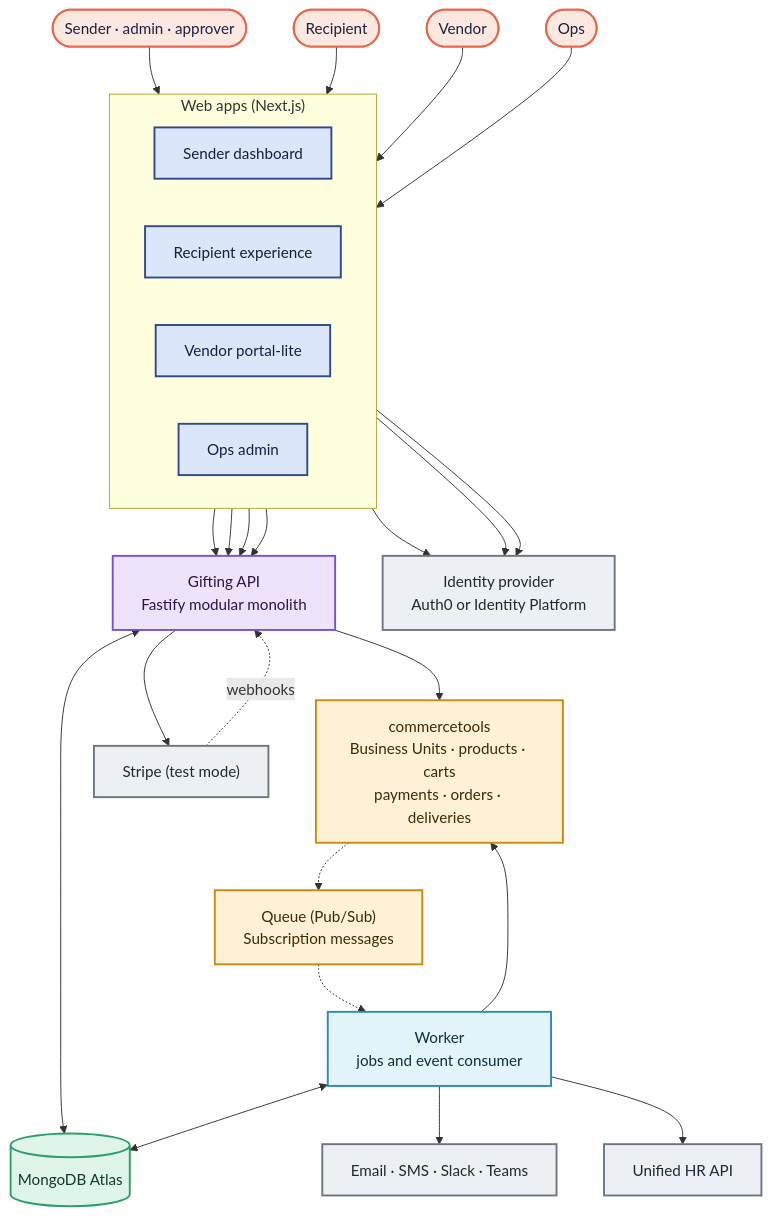
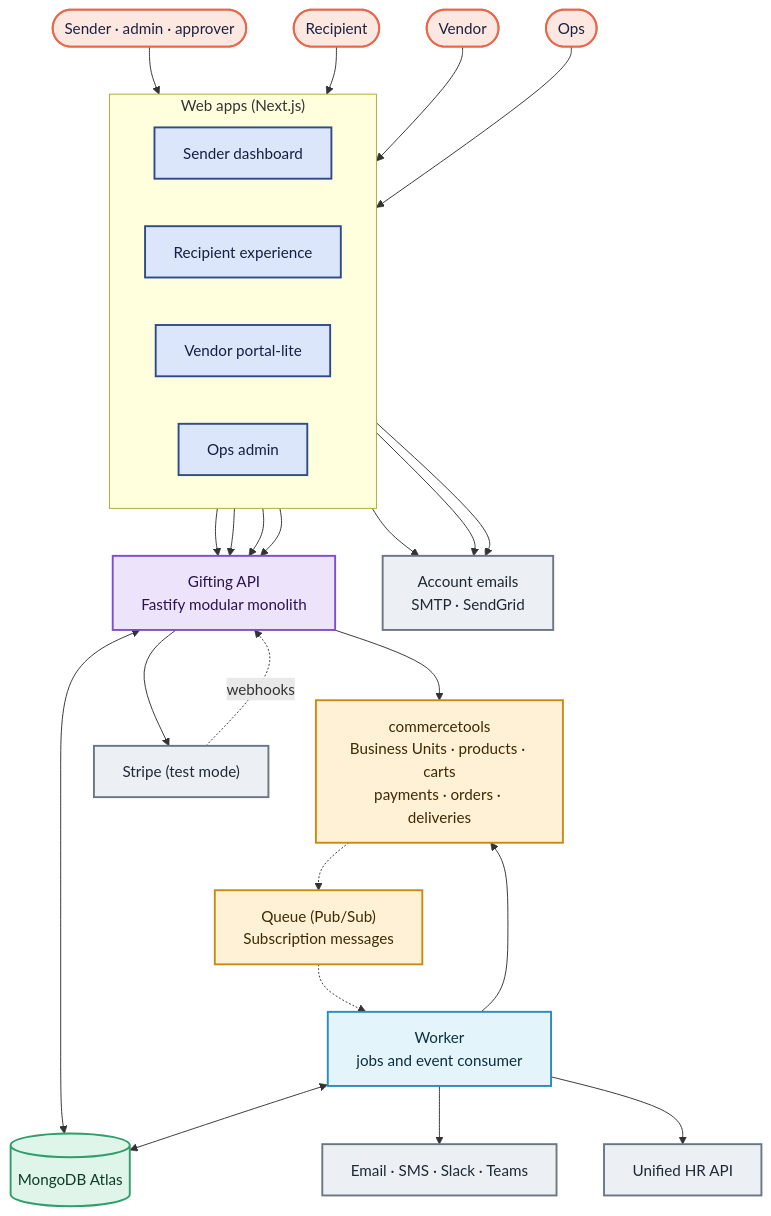
The first of 2 diagrams in docs/architecture/overview.md (sonishivam1/corporate-gifting), drawn with Mermaid before and after one commit. The commit also changed 77 other files, not shown here.

````diff
--- a/docs/architecture/overview.md
+++ b/docs/architecture/overview.md
@@ -33,56 +33,56 @@
 ```mermaid
 flowchart TB
   sender(["Sender · admin · approver"])
   recipient(["Recipient"])
   vendor(["Vendor"])
   ops(["Ops"])
 
   subgraph apps["Web apps (Next.js)"]
     direction LR
     sa["Sender dashboard"]
     ra["Recipient experience"]
     va["Vendor portal-lite"]
     oa["Ops admin"]
   end
 
   api["Gifting API<br/>Fastify modular monolith"]
   worker["Worker<br/>jobs and event consumer"]
   db[("MongoDB Atlas")]
   ct["commercetools<br/>Business Units · products · carts<br/>payments · orders · deliveries"]
   queue["Queue (Pub/Sub)<br/>Subscription messages"]
-  idp["Identity provider<br/>Auth0 or Identity Platform"]
+  idp["Account emails<br/>SMTP · SendGrid"]
   stripe["Stripe (test mode)"]
   chan["Email · SMS · Slack · Teams"]
   hr["Unified HR API"]
 
   sender --> sa
   recipient --> ra
   vendor --> va
   ops --> oa
   sa & ra & va & oa --> api
   sa & va & oa --> idp
   api <--> db
   worker <--> db
   api --> ct
   worker --> ct
   ct -.-> queue -.-> worker
   api --> stripe
   stripe -.->|webhooks| api
   worker --> chan
   worker --> hr
 
   classDef person fill:#FDE7E1,stroke:#E8664A,stroke-width:2px,color:#1B2340;
   classDef appNode fill:#DCE6FB,stroke:#2F4A8A,stroke-width:2px,color:#13203F;
   classDef apiNode fill:#EDE3FB,stroke:#7B4FD0,stroke-width:2px,color:#2A1450;
   classDef jobNode fill:#E4F4FB,stroke:#2B8CB8,stroke-width:2px,color:#0D2F3F;
   classDef dataNode fill:#DFF5EA,stroke:#2E9E6A,stroke-width:2px,color:#0F3B27;
   classDef ctNode fill:#FFF1D6,stroke:#C98A12,stroke-width:2px,color:#3D2A05;
   classDef external fill:#ECEFF3,stroke:#6B7685,stroke-width:2px,color:#1F2933;
   class sender,recipient,vendor,ops person;
   class sa,ra,va,oa appNode;
   class api apiNode;
   class worker jobNode;
   class db dataNode;
   class ct,queue ctNode;
   class idp,stripe,chan,hr external;
 ```
````
